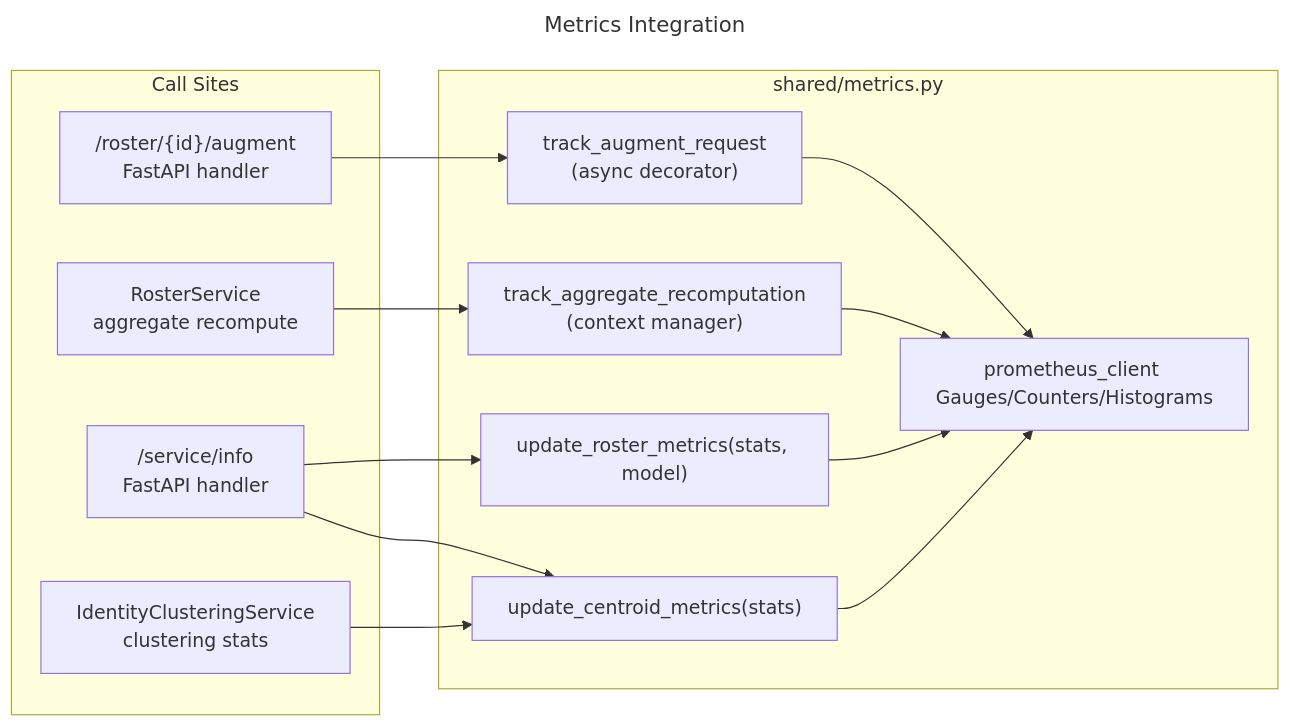
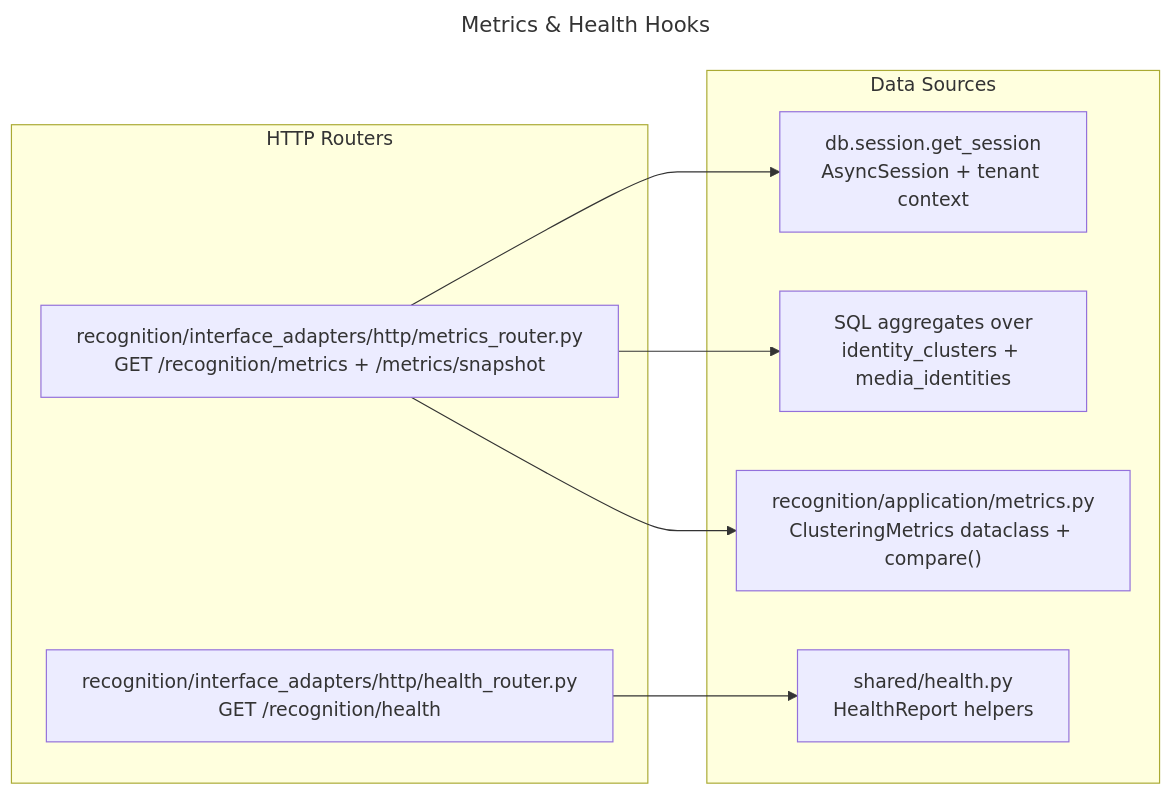
Before and after one commit to darce/context-alt-text-monorepo: the diagram in docs/architecture/backend-uml/observability/metrics.mmd, drawn with Mermaid. The commit also changed 26 other files, not shown here.

Commit message:
docs: update uml

```diff
--- a/docs/architecture/backend-uml/observability/metrics.mmd
+++ b/docs/architecture/backend-uml/observability/metrics.mmd
@@ -1,31 +1,20 @@
 ---
-title: Metrics Integration
+title: Metrics & Health Hooks
 ---
 flowchart LR
-    subgraph module["shared/metrics.py"]
-        decorator["track_augment_request\n(async decorator)"]
-        ctx_manager["track_aggregate_recomputation\n(context manager)"]
-        roster_fn["update_roster_metrics(stats, model)"]
-        centroid_fn["update_centroid_metrics(stats)"]
-        prometheus["prometheus_client Gauges/Counters/Histograms"]
+    subgraph routers["HTTP Routers"]
+        metrics_router["recognition/interface_adapters/http/metrics_router.py\nGET /recognition/metrics + /metrics/snapshot"]
+        health_router["recognition/interface_adapters/http/health_router.py\nGET /recognition/health"]
     end
 
-    subgraph usage["Call Sites"]
-        augment_api["/roster/{id}/augment\nFastAPI handler"]
-        roster_service["RosterService\naggregate recompute"]
-        service_info["/service/info\nFastAPI handler"]
-        cluster_service["IdentityClusteringService\nclustering stats"]
+    subgraph services["Data Sources"]
+        session_dep["db.session.get_session\nAsyncSession + tenant context"]
+        aggregates["SQL aggregates over\nidentity_clusters + media_identities"]
+        clustering_metrics["recognition/application/metrics.py\nClusteringMetrics dataclass + compare()"]
+        shared_health["shared/health.py\nHealthReport helpers"]
     end
 
-    augment_api --> decorator
-    decorator --> prometheus
-
-    roster_service --> ctx_manager
-    ctx_manager --> prometheus
-
-    service_info --> roster_fn
-    service_info --> centroid_fn
-    cluster_service --> centroid_fn
-
-    roster_fn --> prometheus
-    centroid_fn --> prometheus
+    metrics_router --> session_dep
+    metrics_router --> aggregates
+    metrics_router --> clustering_metrics
+    health_router --> shared_health
```
